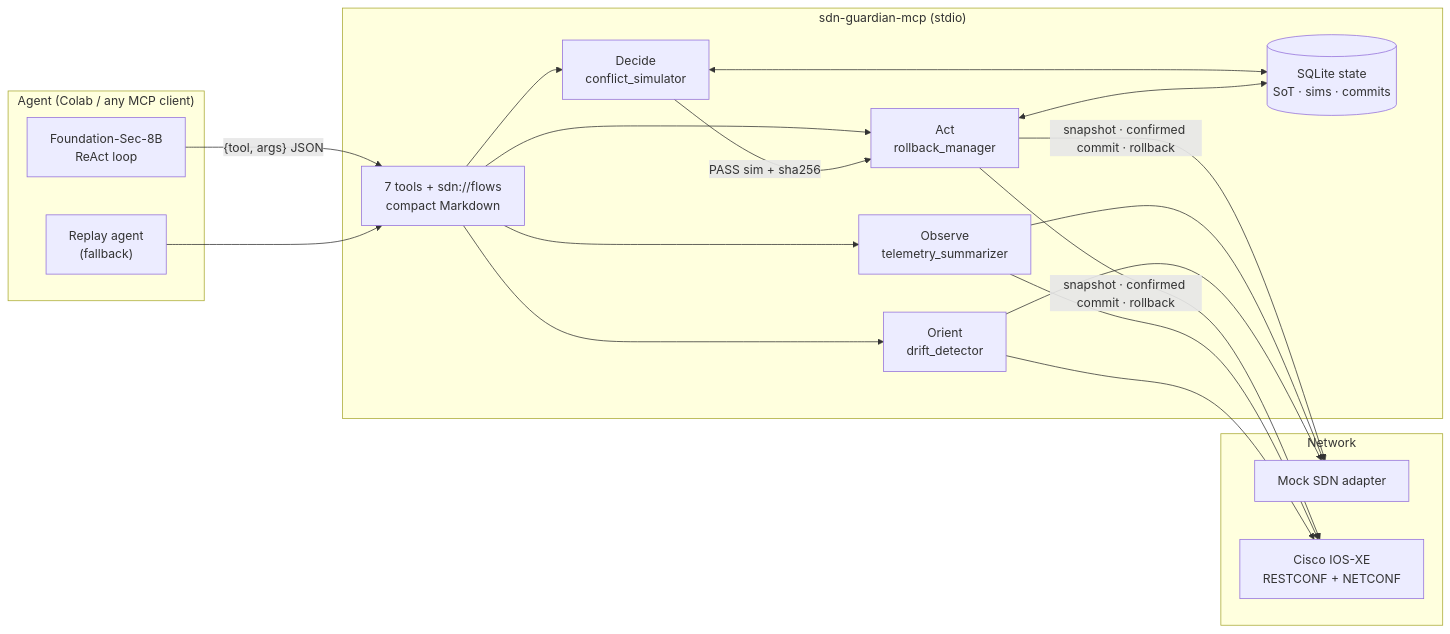
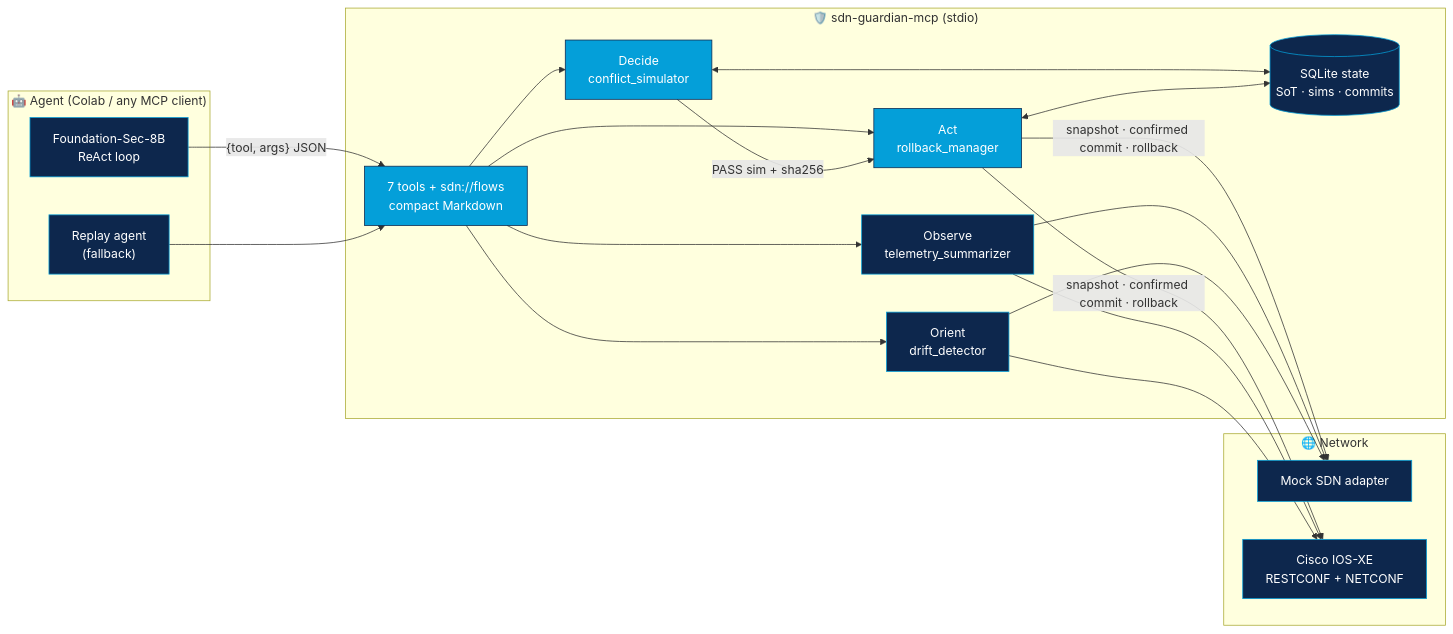
Before and after one commit to faithere1/sdn-guardian-mcp: the diagram in README.md, drawn with Mermaid. The commit also changed other lines of this file and 19 other files, not shown here.

````diff
--- a/README.md
+++ b/README.md
@@ -11,26 +76,31 @@
 ```mermaid
 flowchart LR
-    subgraph Agent["Agent (Colab / any MCP client)"]
+    subgraph Agent["🤖 Agent (Colab / any MCP client)"]
         LLM["Foundation-Sec-8B<br/>ReAct loop"]
         RP["Replay agent<br/>(fallback)"]
     end
-    subgraph Server["sdn-guardian-mcp (stdio)"]
+    subgraph Server["🛡️ sdn-guardian-mcp (stdio)"]
         T["7 tools + sdn://flows<br/>compact Markdown"]
         O["Observe<br/>telemetry_summarizer"]
         OR["Orient<br/>drift_detector"]
         D["Decide<br/>conflict_simulator"]
         A["Act<br/>rollback_manager"]
         S[("SQLite state<br/>SoT · sims · commits")]
     end
-    subgraph Net["Network"]
+    subgraph Net["🌐 Network"]
         M["Mock SDN adapter"]
         C["Cisco IOS-XE<br/>RESTCONF + NETCONF"]
     end
     LLM -- "{tool, args} JSON" --> T
     RP --> T
     T --> O & OR & D & A
     D -- "PASS sim + sha256" --> A
     A -- "snapshot · confirmed commit · rollback" --> M & C
     O & OR --> M & C
     D & A <--> S
+
+    classDef cisco fill:#049FD9,stroke:#0D274D,color:#fff
+    classDef dark fill:#0D274D,stroke:#049FD9,color:#fff
+    class T,D,A cisco
+    class O,OR,S,LLM,RP,M,C dark
 ```
````
